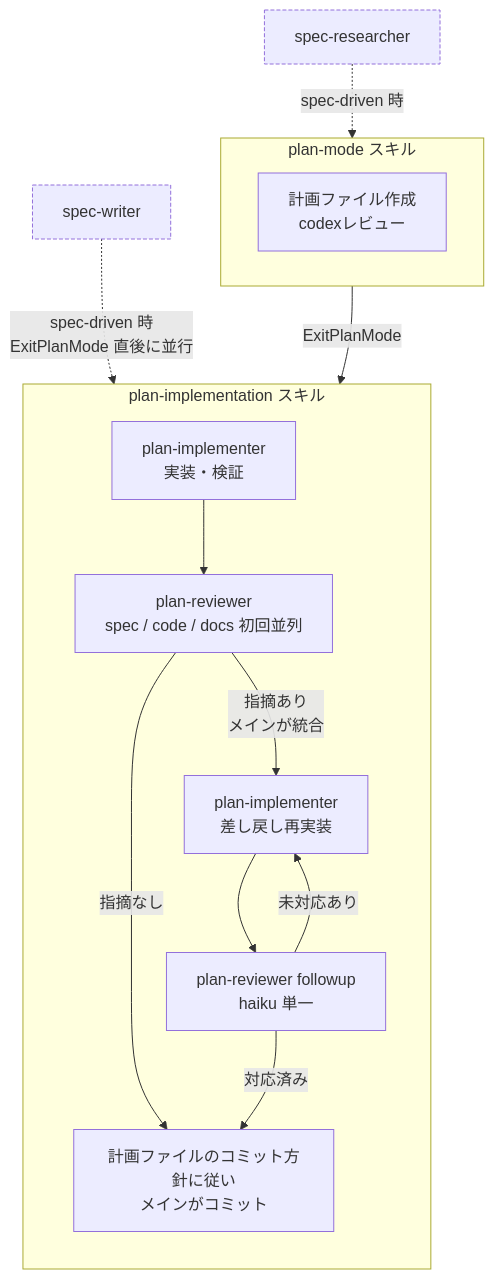
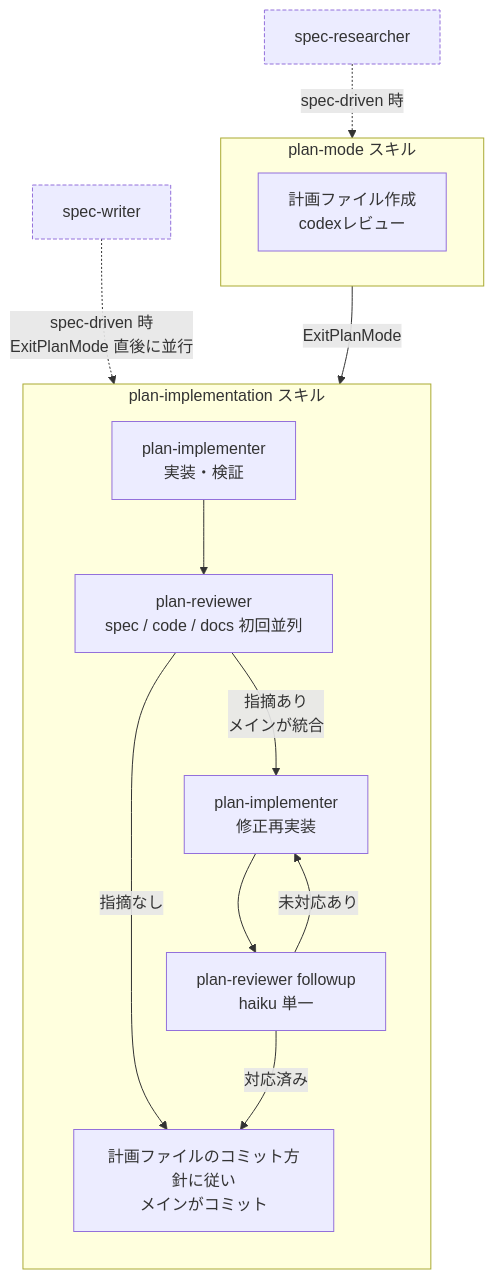
One commit to ak110/dotfiles changed the diagram in .claude/rules/plugins.md. Above: the diagram before and after it, drawn with Mermaid. The commit also changed other lines of this file and 30 other files, not shown here.

````diff
--- a/.claude/rules/plugins.md
+++ b/.claude/rules/plugins.md
@@ -139,21 +138,21 @@
 ```mermaid
 flowchart TB
     subgraph PM["plan-mode スキル"]
       P[計画ファイル作成<br/>codexレビュー]
     end
     subgraph PI["plan-implementation スキル"]
       direction TB
       T[plan-implementer<br/>実装・検証] --> R1[plan-reviewer<br/>spec / code / docs 初回並列]
-      R1 -->|指摘あり<br/>メインが統合| T2[plan-implementer<br/>差し戻し再実装]
+      R1 -->|指摘あり<br/>メインが統合| T2[plan-implementer<br/>修正再実装]
       T2 --> R2[plan-reviewer followup<br/>haiku 単一]
       R2 -->|未対応あり| T2
       R1 -->|指摘なし| C[計画ファイルのコミット方針に従い<br/>メインがコミット]
       R2 -->|対応済み| C
     end
     PM -->|ExitPlanMode| PI
 
     SR[spec-researcher]:::sd -.->|spec-driven 時| PM
     SW[spec-writer]:::sd -.->|spec-driven 時<br/>ExitPlanMode 直後に並行| T
 
     classDef sd stroke-dasharray: 4 2
 ```
````
